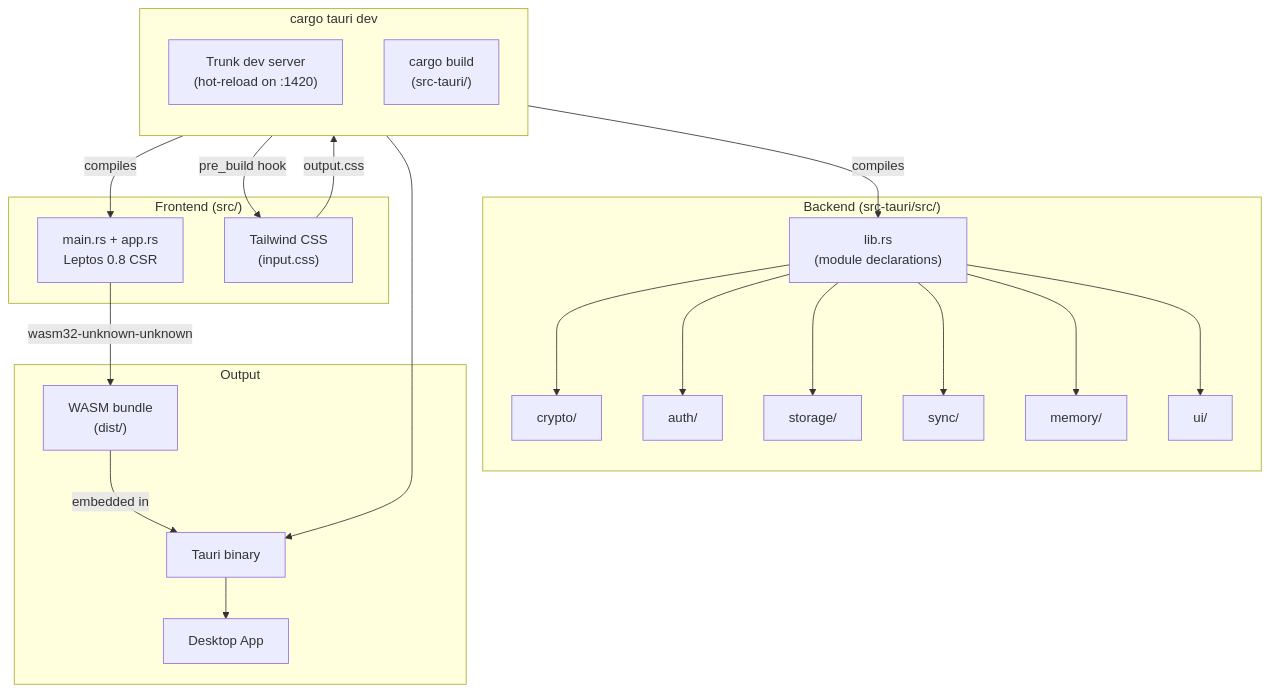
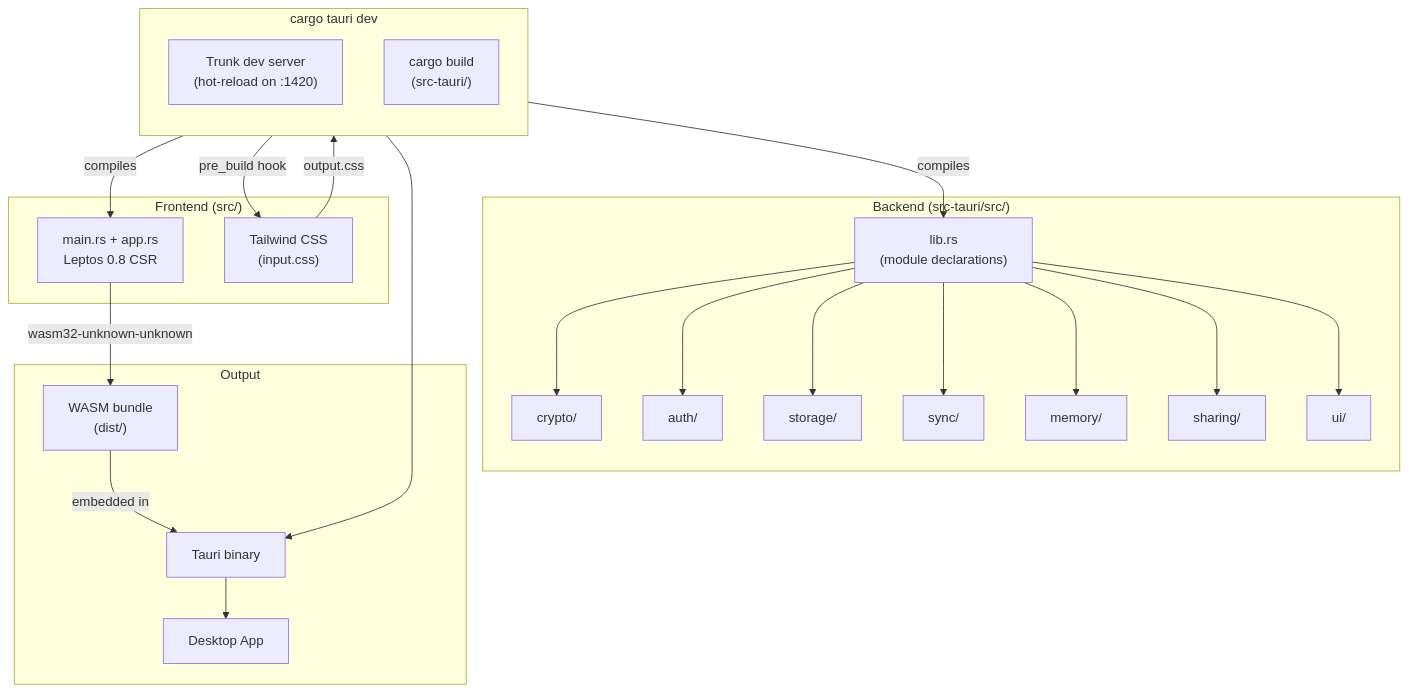
Before and after one commit to salgaard/arx-runa: the first of 3 diagrams in docs/architecture/designs/project-skeleton/diagrams/build-pipeline.md, drawn with Mermaid. The commit also changed 22 other files, not shown here.

Commit message:
new github actions for secret scan and improve diagrams

````diff
--- a/docs/architecture/designs/project-skeleton/diagrams/build-pipeline.md
+++ b/docs/architecture/designs/project-skeleton/diagrams/build-pipeline.md
@@ -5,41 +5,42 @@
 ```mermaid
 flowchart TB
     subgraph dev["cargo tauri dev"]
         direction TB
         trunk["Trunk dev server<br/>(hot-reload on :1420)"]
         cargo["cargo build<br/>(src-tauri/)"]
     end
 
     subgraph frontend["Frontend (src/)"]
         leptos["main.rs + app.rs<br/>Leptos 0.8 CSR"]
         tailwind["Tailwind CSS<br/>(input.css)"]
     end
 
     subgraph backend["Backend (src-tauri/src/)"]
         lib["lib.rs<br/>(module declarations)"]
         crypto["crypto/"]
         auth["auth/"]
         storage["storage/"]
         sync["sync/"]
         memory["memory/"]
+        sharing["sharing/"]
         ui["ui/"]
     end
 
     subgraph output["Output"]
         wasm["WASM bundle<br/>(dist/)"]
         bin["Tauri binary"]
         app["Desktop App"]
     end
 
     trunk -->|"pre_build hook"| tailwind
     tailwind -->|"output.css"| trunk
     trunk -->|"compiles"| leptos
     leptos -->|"wasm32-unknown-unknown"| wasm
 
     cargo -->|"compiles"| lib
-    lib --> crypto & auth & storage & sync & memory & ui
+    lib --> crypto & auth & storage & sync & memory & sharing & ui
     cargo --> bin
 
     wasm -->|"embedded in"| bin
     bin --> app
 ```
````
